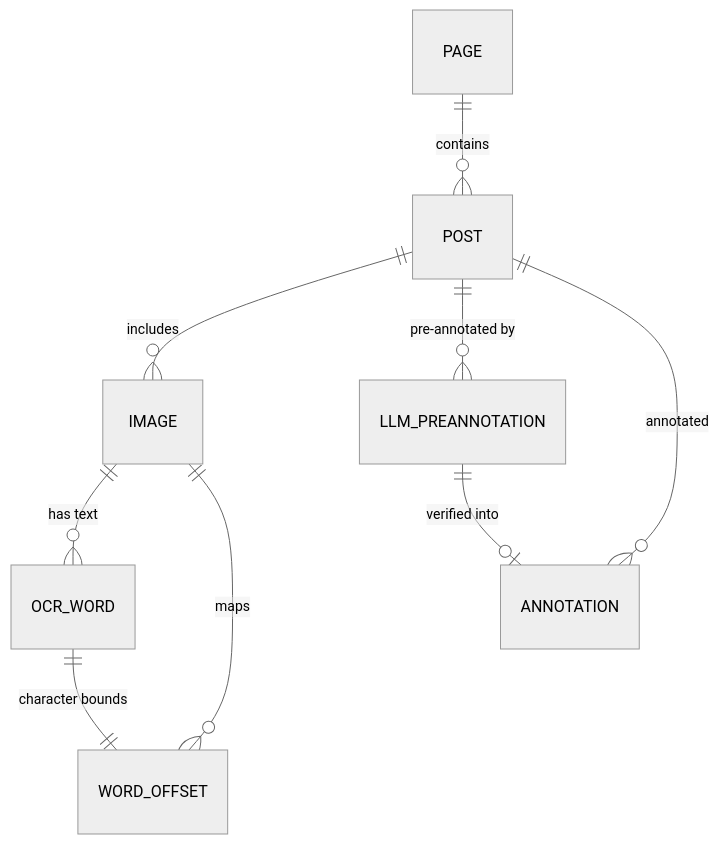
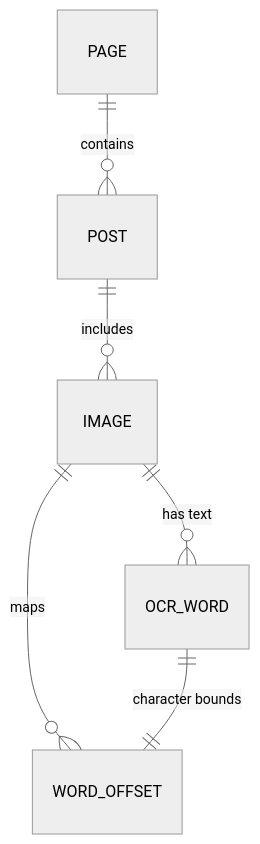
The second of 2 diagrams in readme.md (AbMehedi/meme_propaganda_dataset), drawn with Mermaid (neutral theme) before and after one commit. The commit also changed other lines of this file and 24 other files, not shown here.

````diff
--- a/readme.md
+++ b/readme.md
@@ -480,11 +277,8 @@
 ```mermaid
 erDiagram
     PAGE ||--o{ POST : "contains"
     POST ||--o{ IMAGE : "includes"
     IMAGE ||--o{ OCR_WORD : "has text"
     IMAGE ||--o{ WORD_OFFSET : "maps"
     OCR_WORD ||--|| WORD_OFFSET : "character bounds"
-    POST ||--o{ LLM_PREANNOTATION : "pre-annotated by"
-    POST ||--o{ ANNOTATION : "annotated"
-    LLM_PREANNOTATION ||--o| ANNOTATION : "verified into"
 ```
````
